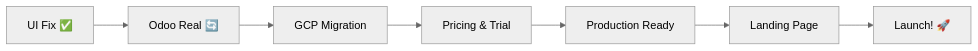
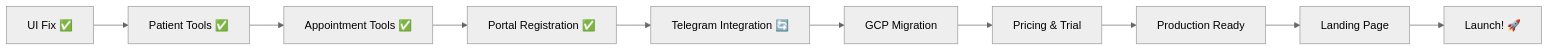
The diagram in docs/phases/PHASE_3_UNIFIED_WORKING_PLAN.md (scubapro711/dental-clinic-ai), drawn with Mermaid (neutral theme) before and after one commit. The commit also changed other lines of this file and 13 other files, not shown here.

````diff
--- a/docs/phases/PHASE_3_UNIFIED_WORKING_PLAN.md
+++ b/docs/phases/PHASE_3_UNIFIED_WORKING_PLAN.md
@@ -80,9 +151,12 @@
 ```mermaid
 graph LR
-    A[UI Fix ✅] --> B[Odoo Real 🔄]
-    B --> C[GCP Migration]
-    C --> D[Pricing & Trial]
-    D --> E[Production Ready]
-    E --> F[Landing Page]
-    F --> G[Launch! 🚀]
+    A[UI Fix ✅] --> B[Patient Tools ✅]
+    B --> C[Appointment Tools ✅]
+    C --> D[Portal Registration ✅]
+    D --> E[Telegram Integration 🔄]
+    E --> F[GCP Migration]
+    F --> G[Pricing & Trial]
+    G --> H[Production Ready]
+    H --> I[Landing Page]
+    I --> J[Launch! 🚀]
 ```
````
